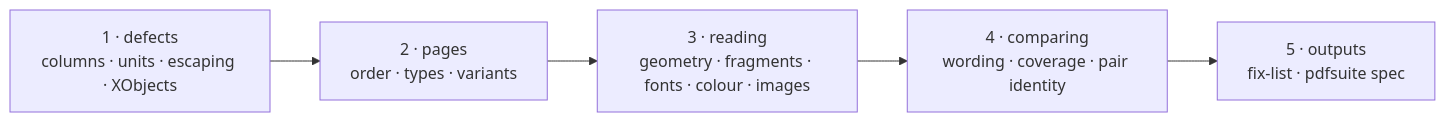
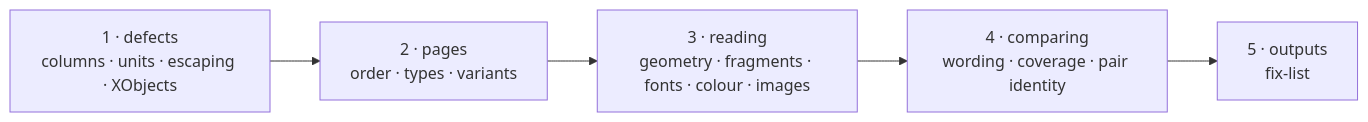
One commit to arpitarya/pdf-testing-suite changed the diagram in work/open/W-04-spec-check-v2.md. Above: the diagram before and after it, drawn with Mermaid. The commit also changed other lines of this file and 157 other files, not shown here.

````diff
--- a/work/open/W-04-spec-check-v2.md
+++ b/work/open/W-04-spec-check-v2.md
@@ -28,7 +27,7 @@
 ```mermaid
 flowchart LR
   F1["1 · defects<br/>columns · units · escaping · XObjects"] --> F2["2 · pages<br/>order · types · variants"]
   F2 --> F3["3 · reading<br/>geometry · fragments · fonts · colour · images"]
   F3 --> F4["4 · comparing<br/>wording · coverage · pair identity"]
-  F4 --> F5["5 · outputs<br/>fix-list · pdfsuite spec"]
+  F4 --> F5["5 · outputs<br/>fix-list"]
 ```
````
